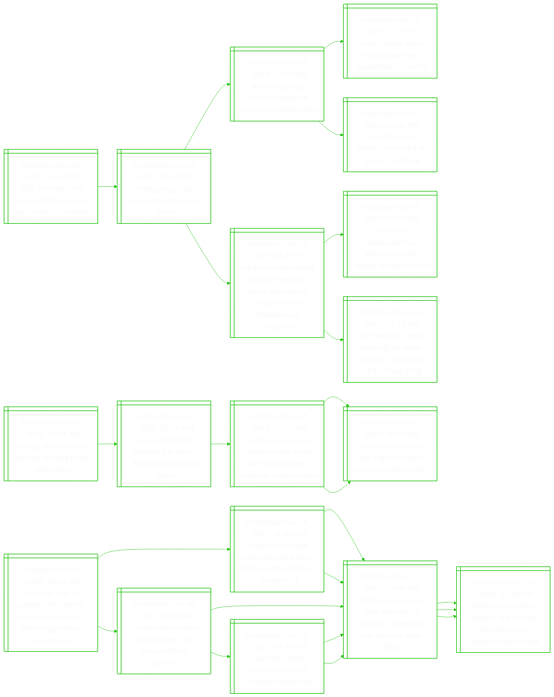
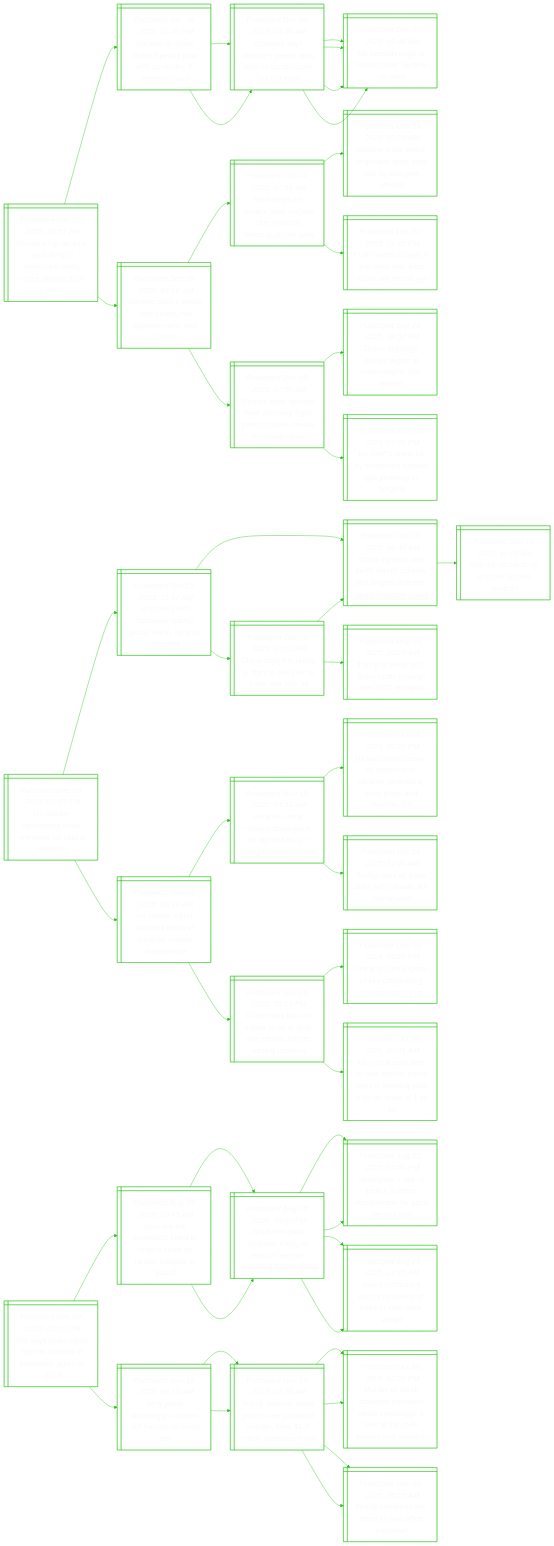
One commit to notJmes/notJmes changed the diagram in README.md. Above: the diagram before and after it, drawn with Mermaid. The commit also changed other lines of this file, not shown here.

````diff
--- a/README.md
+++ b/README.md
@@ -16,82 +16,139 @@
 flowchart LR
 classDef txtsize font-size:20px;
 
-ociotynror@{ shape: win-pane, label: "_Published Dec 09, 2025, 11:33 AM_
-2025 on track to tie second-hottest year on record: eu monitor" }
-Hogmcrc@{ shape: win-pane, label: "_Published Nov 04, 2025, 05:25 PM_
-Hong kong logs warmest october on record" }
-Hogomfhtd@{ shape: win-pane, label: "_Published Oct 08, 2025, 10:05 PM_
-Hong kong logs record number of ‘very hot’ october days" }
-SKsewstrc@{ shape: win-pane, label: "_Published Oct 02, 2025, 07:45 PM_
-South korea sees second-warmest september on record" }
-SmatnraOw@{ shape: win-pane, label: "_Published Oct 01, 2025, 04:55 PM_
-September was hottest on record in japan’s okinawa" }
-Hcrnheswnitrmeee@{ shape: win-pane, label: "_Published Oct 09, 2025, 04:30 PM_
-Hk’s record-breaking typhoon season spurs warnings to invest in more climate-ready measures" }
-TavtTomhuna@{ shape: win-pane, label: "_Published Oct 05, 2025, 04:20 PM_
-Thousands evacuated as typhoon matmo lashes southern china" }
-DaglnfppRafHo@{ shape: win-pane, label: "_Published Sep 24, 2025, 11:15 PM_
-Dire warnings, early planning for super typhoon ragasa pay off for hong kong" }
+Ragasiaggrari@{ shape: win-pane, label: "_Published Dec 09, 2025, 03:51 PM_
+Russia’s top general says army is advancing along entire ukraine front line" }
+UnhedewScna@{ shape: win-pane, label: "_Published Dec 08, 2025, 11:20 PM_
+Ukraine to share revised peace plan with us on dec 9, zelensky says" }
+ZsyaptwStita@{ shape: win-pane, label: "_Published Dec 08, 2025, 06:36 AM_
+Zelensky says ukraine’s peace talks with us constructive but not easy" }
+NaottirUk@{ shape: win-pane, label: "_Published Dec 07, 2025, 03:48 AM_
+No breakthrough at ‘constructive’ ukraine-us talks" }
+NaottirUk@{ shape: win-pane, label: "_Published Dec 07, 2025, 03:48 AM_
+No breakthrough at ‘constructive’ ukraine-us talks" }
+ZsyaptwStita@{ shape: win-pane, label: "_Published Dec 08, 2025, 06:36 AM_
+Zelensky says ukraine’s peace talks with us constructive but not easy" }
+NaottirUk@{ shape: win-pane, label: "_Published Dec 07, 2025, 03:48 AM_
+No breakthrough at ‘constructive’ ukraine-us talks" }
+NaottirUk@{ shape: win-pane, label: "_Published Dec 07, 2025, 03:48 AM_
+No breakthrough at ‘constructive’ ukraine-us talks" }
+UnsnacastRa@{ shape: win-pane, label: "_Published Dec 05, 2025, 04:16 AM_
+Ukraine says it wants ‘real peace, not appeasement’ with russia" }
+Ntoaanrrotra@{ shape: win-pane, label: "_Published Dec 04, 2025, 07:38 AM_
+Next steps for ukraine talks unclear after moscow meeting, trump says" }
+Unpetrsrbitc@{ shape: win-pane, label: "_Published Nov 29, 2025, 12:09 AM_
+Ukraine’s top peace negotiator quits after raid by anti-graft officers" }
+PwEeuwesleu@{ shape: win-pane, label: "_Published Dec 02, 2025, 11:45 PM_
+Putin warns europe: if you want war, then russia will defeat you" }
+Dssernlpoiirdr@{ shape: win-pane, label: "_Published Dec 05, 2025, 02:50 AM_
+Drones were spotted near zelensky flight path to dublin, media in ireland report" }
+DsiithChOit@{ shape: win-pane, label: "_Published Sep 23, 2025, 08:52 AM_
+Drone sightings disrupt flights at copenhagen, oslo airports" }
+EeatsesPmna@{ shape: win-pane, label: "_Published Sep 01, 2025, 07:39 PM_
+Eu chief’s plane hit by suspected russian gps jamming in bulgaria" }
 
-ociotynror:::txtsize --> Hogmcrc:::txtsize
-Hogmcrc:::txtsize --> Hogomfhtd:::txtsize
-Hogomfhtd:::txtsize --> SKsewstrc:::txtsize
-Hogomfhtd:::txtsize --> SmatnraOw:::txtsize
-Hogmcrc:::txtsize --> Hcrnheswnitrmeee:::txtsize
-Hcrnheswnitrmeee:::txtsize --> TavtTomhuna:::txtsize
-Hcrnheswnitrmeee:::txtsize --> DaglnfppRafHo:::txtsize
+Ragasiaggrari:::txtsize --> UnhedewScna:::txtsize
+UnhedewScna:::txtsize --> ZsyaptwStita:::txtsize
+ZsyaptwStita:::txtsize --> NaottirUk:::txtsize
+ZsyaptwStita:::txtsize --> NaottirUk:::txtsize
+UnhedewScna:::txtsize --> ZsyaptwStita:::txtsize
+ZsyaptwStita:::txtsize --> NaottirUk:::txtsize
+ZsyaptwStita:::txtsize --> NaottirUk:::txtsize
+Ragasiaggrari:::txtsize --> UnsnacastRa:::txtsize
+UnsnacastRa:::txtsize --> Ntoaanrrotra:::txtsize
+Ntoaanrrotra:::txtsize --> Unpetrsrbitc:::txtsize
+Ntoaanrrotra:::txtsize --> PwEeuwesleu:::txtsize
+UnsnacastRa:::txtsize --> Dssernlpoiirdr:::txtsize
+Dssernlpoiirdr:::txtsize --> DsiithChOit:::txtsize
+Dssernlpoiirdr:::txtsize --> EeatsesPmna:::txtsize
 
-ThhdsihAc@{ shape: win-pane, label: "_Published Dec 09, 2025, 11:25 AM_
-Trump hits the road as cost of living hurts americans" }
-Hfbymydipis@{ shape: win-pane, label: "_Published Nov 10, 2025, 02:59 PM_
-How affordability became the year’s defining us political issue" }
-ThuMnlmenekmae@{ shape: win-pane, label: "_Published Nov 05, 2025, 02:15 PM_
-‘turn the volume up,’ mamdani tells trump after winning new york city mayoral race" }
-Drwialosdp@{ shape: win-pane, label: "_Published Nov 05, 2025, 09:46 AM_
-Democrats sweep first major elections of second trump term" }
-Drwialosdp@{ shape: win-pane, label: "_Published Nov 05, 2025, 09:46 AM_
-Democrats sweep first major elections of second trump term" }
+Uidosrefilr@{ shape: win-pane, label: "_Published Dec 09, 2025, 03:45 PM_
+Us military developing small refineries for critical minerals" }
+Xrtopglmfps@{ shape: win-pane, label: "_Published Oct 15, 2025, 11:47 AM_
+Xi’s rare earth ‘bazooka’ sparks global alarm, race for supplies" }
+Cstaftetwt@{ shape: win-pane, label: "_Published Oct 14, 2025, 10:02 AM_
+China says it is ready to ‘fight to the end’ in trade war with us" }
+Ctertonsasnmdrs@{ shape: win-pane, label: "_Published Oct 09, 2025, 09:46 AM_
+China tightens rare earth export controls and targets defence, semiconductor users" }
+Ttpafrlnt@{ shape: win-pane, label: "_Published May 16, 2025, 10:29 AM_
+Trump to keep 30% china tariffs through late 2025: analysts" }
+Ctertonsasnmdrs@{ shape: win-pane, label: "_Published Oct 09, 2025, 09:46 AM_
+China tightens rare earth export controls and targets defence, semiconductor users" }
+Whapira@{ shape: win-pane, label: "_Published Sep 14, 2025, 11:05 AM_
+Will the us catch up to china on rare earths?" }
+UsocCoemtrn@{ shape: win-pane, label: "_Published Nov 13, 2025, 06:16 AM_
+Us house report accuses china of minerals market interference" }
+Unneonaaonsm@{ shape: win-pane, label: "_Published Nov 12, 2025, 04:53 AM_
+Ukraine, china mineral dominance on agenda as g-7 foreign ministers meet" }
+Ucsilrrionitncr@{ shape: win-pane, label: "_Published Oct 23, 2025, 06:27 PM_
+Us sanctions russian oil majors over ukraine, prompting india jitters and moscow fury" }
+Tsldkhdtn@{ shape: win-pane, label: "_Published Oct 24, 2025, 11:40 AM_
+Trump says all trade talks with canada are terminated" }
+Chbetolefeins@{ shape: win-pane, label: "_Published Nov 09, 2025, 05:15 PM_
+China halts ban on export to us of dual-use metals, further easing tensions" }
+CtbrkiimnU@{ shape: win-pane, label: "_Published Dec 03, 2024, 05:23 PM_
+China to curb exports of key chipmaking components to us" }
+Unloehmsewne@{ shape: win-pane, label: "_Published Oct 30, 2025, 10:01 AM_
+Us, china seal deal on rare earths; trump says xi meeting was a 12 on scale of 1 to 10" }
 
-ThhdsihAc:::txtsize --> Hfbymydipis:::txtsize
-Hfbymydipis:::txtsize --> ThuMnlmenekmae:::txtsize
-ThuMnlmenekmae:::txtsize --> Drwialosdp:::txtsize
-ThuMnlmenekmae:::txtsize --> Drwialosdp:::txtsize
+Uidosrefilr:::txtsize --> Xrtopglmfps:::txtsize
+Xrtopglmfps:::txtsize --> Cstaftetwt:::txtsize
+Cstaftetwt:::txtsize --> Ctertonsasnmdrs:::txtsize
+Cstaftetwt:::txtsize --> Ttpafrlnt:::txtsize
+Xrtopglmfps:::txtsize --> Ctertonsasnmdrs:::txtsize
+Ctertonsasnmdrs:::txtsize --> Whapira:::txtsize
+Uidosrefilr:::txtsize --> UsocCoemtrn:::txtsize
+UsocCoemtrn:::txtsize --> Unneonaaonsm:::txtsize
+Unneonaaonsm:::txtsize --> Ucsilrrionitncr:::txtsize
+Unneonaaonsm:::txtsize --> Tsldkhdtn:::txtsize
+UsocCoemtrn:::txtsize --> Chbetolefeins:::txtsize
+Chbetolefeins:::txtsize --> CtbrkiimnU:::txtsize
+Chbetolefeins:::txtsize --> Unloehmsewne:::txtsize
 
-KeerndaBaeassry@{ shape: win-pane, label: "_Published Dec 09, 2025, 10:15 AM_
-Kushner role in paramount’s bid for warner bros raises ethical questions, experts say" }
-Wrfhuhisboat@{ shape: win-pane, label: "_Published Dec 08, 2025, 11:30 PM_
-Warner bros fight heats up with $140.7 billion hostile bid from paramount" }
-Niunocydtiimh@{ shape: win-pane, label: "_Published Dec 05, 2025, 08:40 PM_
-Netflix to buy warner bros discovery’s studios, streaming unit for more than $93b" }
-Nixilbrrsreua@{ shape: win-pane, label: "_Published Dec 05, 2025, 02:40 PM_
-Netflix in exclusive talks to buy warner bros discovery assets, source says" }
-Niunocydtiimh@{ shape: win-pane, label: "_Published Dec 05, 2025, 08:40 PM_
-Netflix to buy warner bros discovery’s studios, streaming unit for more than $93b" }
-Nixilbrrsreua@{ shape: win-pane, label: "_Published Dec 05, 2025, 02:40 PM_
-Netflix in exclusive talks to buy warner bros discovery assets, source says" }
-TwNinapnuo@{ shape: win-pane, label: "_Published Dec 08, 2025, 08:40 AM_
-Trump warns netflix-warner deal may pose antitrust ‘problem’" }
-Niunocydtiimh@{ shape: win-pane, label: "_Published Dec 05, 2025, 08:40 PM_
-Netflix to buy warner bros discovery’s studios, streaming unit for more than $93b" }
-Nixilbrrsreua@{ shape: win-pane, label: "_Published Dec 05, 2025, 02:40 PM_
-Netflix in exclusive talks to buy warner bros discovery assets, source says" }
-Helrranoo@{ shape: win-pane, label: "_Published Dec 06, 2025, 04:54 PM_
-How the netflix-warner bros deal changes hollywood" }
-Niunocydtiimh@{ shape: win-pane, label: "_Published Dec 05, 2025, 08:40 PM_
-Netflix to buy warner bros discovery’s studios, streaming unit for more than $93b" }
-Niunocydtiimh@{ shape: win-pane, label: "_Published Dec 05, 2025, 08:40 PM_
-Netflix to buy warner bros discovery’s studios, streaming unit for more than $93b" }
+Ryaliteolai@{ shape: win-pane, label: "_Published Dec 09, 2025, 01:40 PM_
+Rsf says israel killed highest number of journalists again in 2025" }
+Weolkdrsesoaa@{ shape: win-pane, label: "_Published Aug 26, 2025, 10:45 AM_
+Who are the journalists killed in israel’s strike on nasser hospital in gaza?" }
+IlGoalttllgnt@{ shape: win-pane, label: "_Published Aug 25, 2025, 05:00 PM_
+Israel hits gaza hospital, killing at least 20 people, including 5 journalists" }
+NytferqdGec@{ shape: win-pane, label: "_Published Aug 22, 2025, 05:00 PM_
+Netanyahu’s talk of peace is mere masquerade for gaza destruction" }
+IllronseWal@{ shape: win-pane, label: "_Published Aug 25, 2025, 12:35 AM_
+Israeli bulldozers uproot hundreds of trees in west bank village" }
+IlGoalttllgnt@{ shape: win-pane, label: "_Published Aug 25, 2025, 05:00 PM_
+Israel hits gaza hospital, killing at least 20 people, including 5 journalists" }
+NytferqdGec@{ shape: win-pane, label: "_Published Aug 22, 2025, 05:00 PM_
+Netanyahu’s talk of peace is mere masquerade for gaza destruction" }
+IllronseWal@{ shape: win-pane, label: "_Published Aug 25, 2025, 12:35 AM_
+Israeli bulldozers uproot hundreds of trees in west bank village" }
+WmagrtaUds@{ shape: win-pane, label: "_Published Nov 19, 2025, 08:15 AM_
+Why jamal khashoggi’s murder still haunts us-saudi ties" }
+Tdddnersdiinst@{ shape: win-pane, label: "_Published Nov 19, 2025, 12:28 AM_
+Trump defends saudi prince over journalist murder, hails $1.3 trillion investment vow" }
+Mrusnrsasikeprsc@{ shape: win-pane, label: "_Published Oct 20, 2018, 12:23 PM_
+Murder of saudi dissident journalist jamal khashoggi: a look at the main players and suspects" }
+TttBsailn@{ shape: win-pane, label: "_Published Nov 19, 2025, 05:25 AM_
+Trump threatens abc news in oval office meltdown" }
+Tdddnersdiinst@{ shape: win-pane, label: "_Published Nov 19, 2025, 12:28 AM_
+Trump defends saudi prince over journalist murder, hails $1.3 trillion investment vow" }
+Mrusnrsasikeprsc@{ shape: win-pane, label: "_Published Oct 20, 2018, 12:23 PM_
+Murder of saudi dissident journalist jamal khashoggi: a look at the main players and suspects" }
+TttBsailn@{ shape: win-pane, label: "_Published Nov 19, 2025, 05:25 AM_
+Trump threatens abc news in oval office meltdown" }
 
-KeerndaBaeassry:::txtsize --> Wrfhuhisboat:::txtsize
-Wrfhuhisboat:::txtsize --> Niunocydtiimh:::txtsize
-Niunocydtiimh:::txtsize --> Nixilbrrsreua:::txtsize
-Wrfhuhisboat:::txtsize --> Niunocydtiimh:::txtsize
-Niunocydtiimh:::txtsize --> Nixilbrrsreua:::txtsize
-KeerndaBaeassry:::txtsize --> TwNinapnuo:::txtsize
-TwNinapnuo:::txtsize --> Niunocydtiimh:::txtsize
-Niunocydtiimh:::txtsize --> Nixilbrrsreua:::txtsize
-TwNinapnuo:::txtsize --> Helrranoo:::txtsize
-Helrranoo:::txtsize --> Niunocydtiimh:::txtsize
-Helrranoo:::txtsize --> Niunocydtiimh:::txtsize
+Ryaliteolai:::txtsize --> Weolkdrsesoaa:::txtsize
+Weolkdrsesoaa:::txtsize --> IlGoalttllgnt:::txtsize
+IlGoalttllgnt:::txtsize --> NytferqdGec:::txtsize
+IlGoalttllgnt:::txtsize --> IllronseWal:::txtsize
+Weolkdrsesoaa:::txtsize --> IlGoalttllgnt:::txtsize
+IlGoalttllgnt:::txtsize --> NytferqdGec:::txtsize
+IlGoalttllgnt:::txtsize --> IllronseWal:::txtsize
+Ryaliteolai:::txtsize --> WmagrtaUds:::txtsize
+WmagrtaUds:::txtsize --> Tdddnersdiinst:::txtsize
+Tdddnersdiinst:::txtsize --> Mrusnrsasikeprsc:::txtsize
+Tdddnersdiinst:::txtsize --> TttBsailn:::txtsize
+WmagrtaUds:::txtsize --> Tdddnersdiinst:::txtsize
+Tdddnersdiinst:::txtsize --> Mrusnrsasikeprsc:::txtsize
+Tdddnersdiinst:::txtsize --> TttBsailn:::txtsize
 
 ```
````
